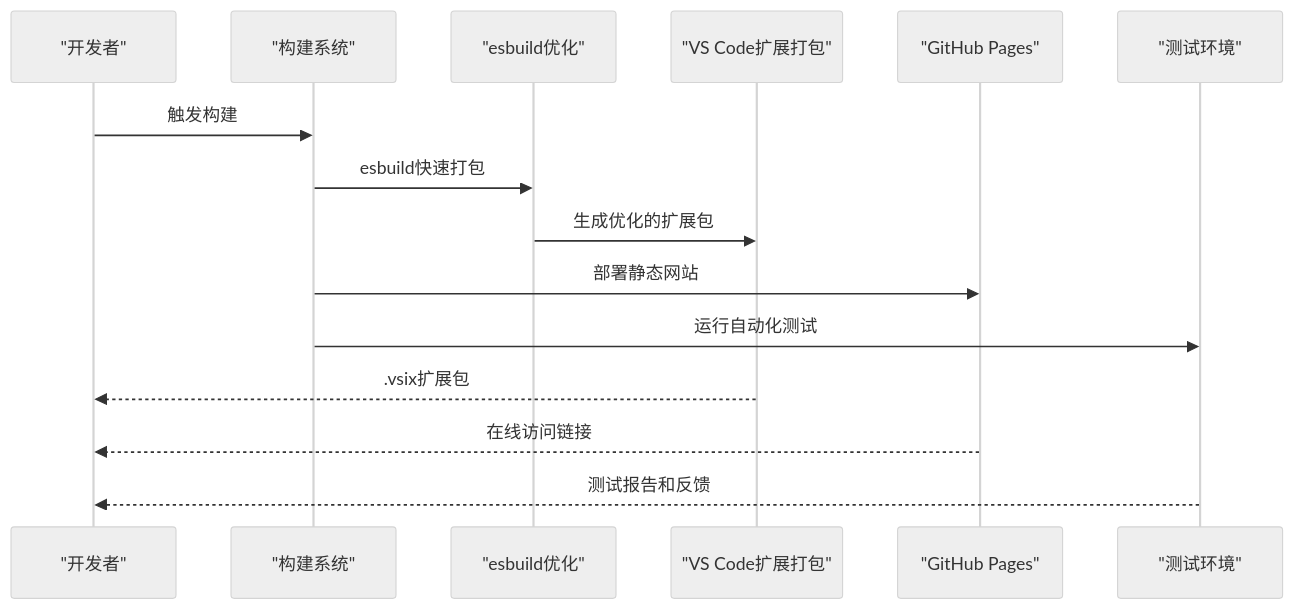
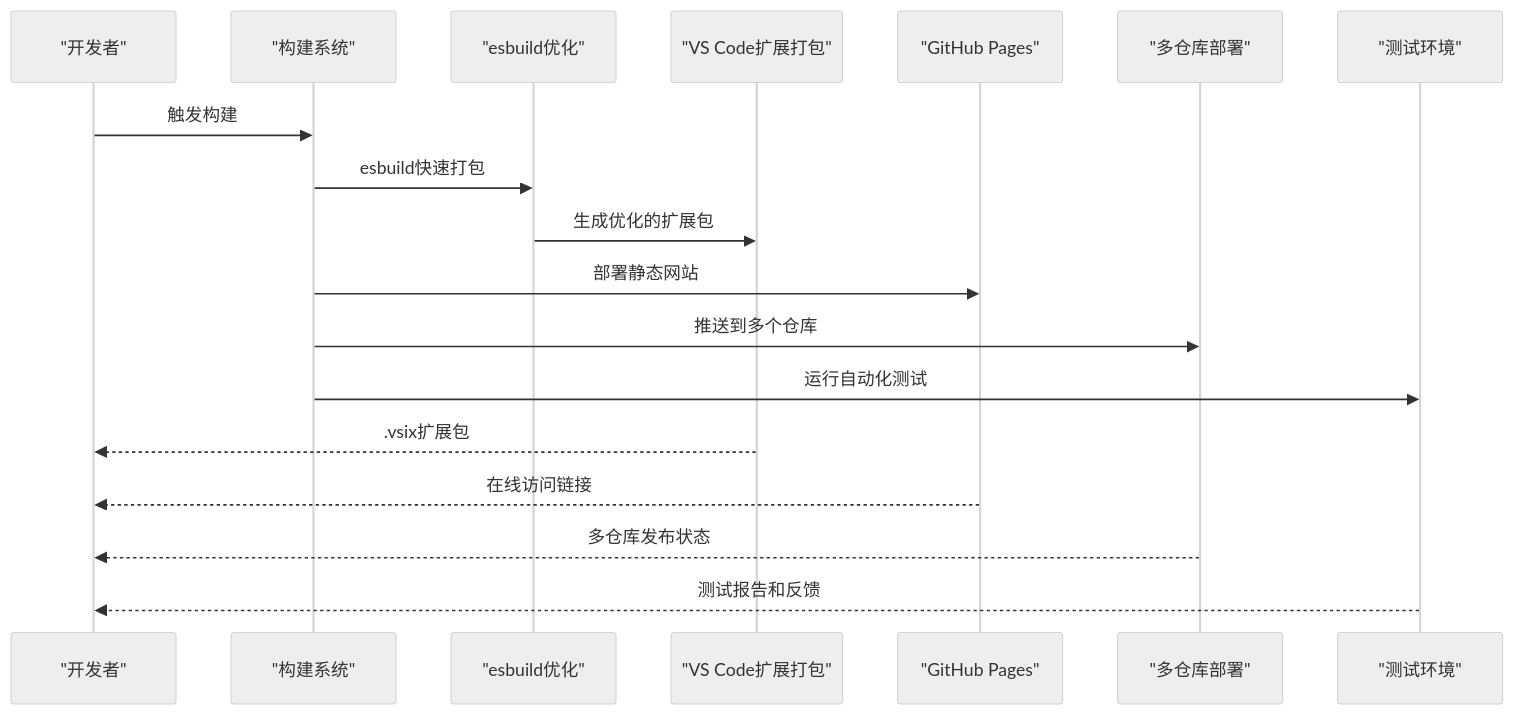
The second of 6 diagrams in .qoder/repowiki/zh/content/开发者指南/构建和部署.md (meiok1/wysjson), drawn with Mermaid (neutral theme) before and after one commit. The commit also changed other lines of this file and 58 other files, not shown here.

````diff
--- a/.qoder/repowiki/zh/content/开发者指南/构建和部署.md
+++ b/.qoder/repowiki/zh/content/开发者指南/构建和部署.md
@@ -131,17 +145,20 @@
 ```mermaid
 sequenceDiagram
 participant Dev as "开发者"
 participant Build as "构建系统"
 participant ESBuild as "esbuild优化"
 participant VSCE as "VS Code扩展打包"
 participant GH as "GitHub Pages"
+participant MultiRepo as "多仓库部署"
 participant Test as "测试环境"
 Dev->>Build : 触发构建
 Build->>ESBuild : esbuild快速打包
 ESBuild->>VSCE : 生成优化的扩展包
 Build->>GH : 部署静态网站
+Build->>MultiRepo : 推送到多个仓库
 Build->>Test : 运行自动化测试
 VSCE-->>Dev : .vsix扩展包
 GH-->>Dev : 在线访问链接
+MultiRepo-->>Dev : 多仓库发布状态
 Test-->>Dev : 测试报告和反馈
 ```
````
